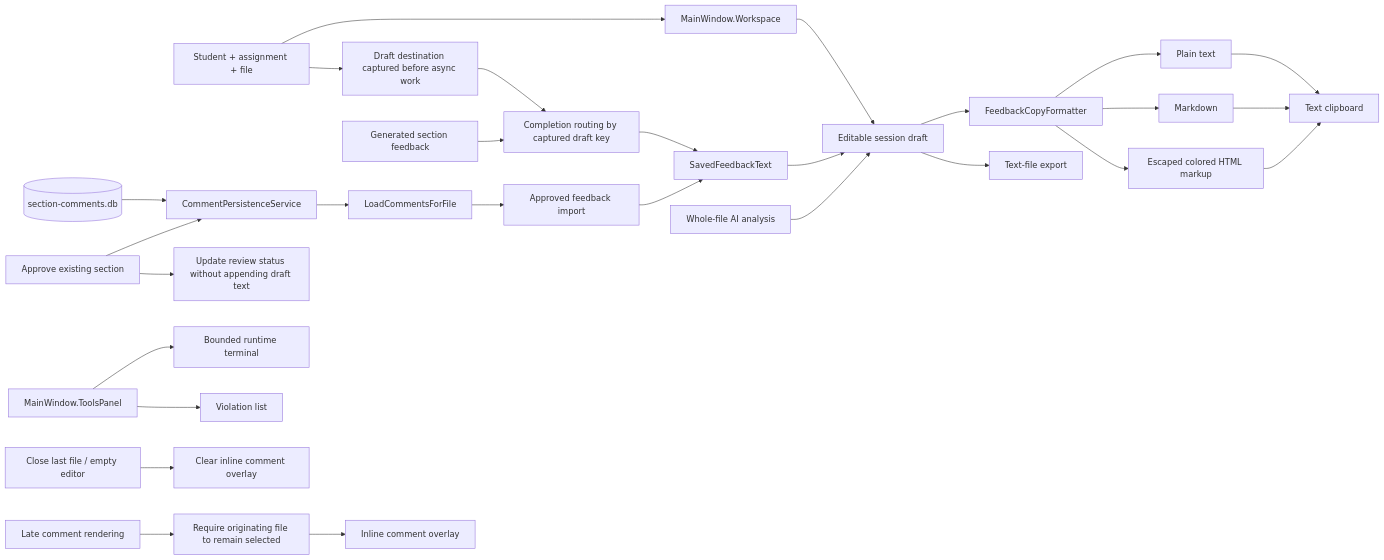
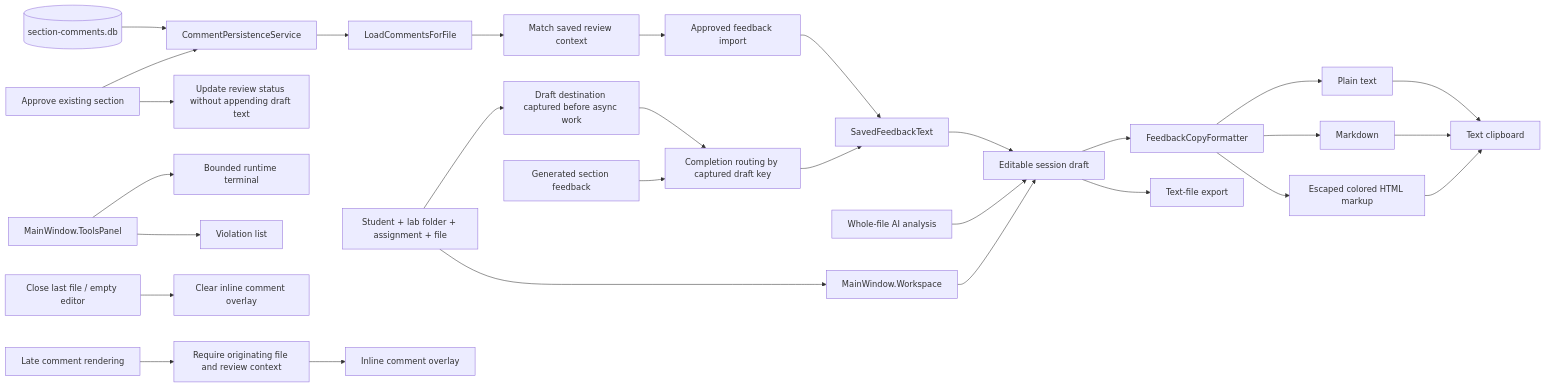
One commit to signalnotnoise/GuidedGrade changed the eighth of 12 diagrams in KNOWLEDGE_GRAPH.md. Above: the diagram before and after it, drawn with Mermaid. The commit also changed other lines of this file and 54 other files, not shown here.

````diff
--- a/KNOWLEDGE_GRAPH.md
+++ b/KNOWLEDGE_GRAPH.md
@@ -311,30 +356,31 @@
 ```mermaid
 flowchart LR
-    Selection[Student + assignment + file] --> Workspace[MainWindow.Workspace]
+    Selection[Student + lab folder + assignment + file] --> Workspace[MainWindow.Workspace]
     SQLite[(section-comments.db)] --> Persistence[CommentPersistenceService]
     Persistence --> Load[LoadCommentsForFile]
-    Load --> Approved[Approved feedback import]
+    Load --> Filter[Match saved review context]
+    Filter --> Approved[Approved feedback import]
     Approved --> Text[SavedFeedbackText]
     Selection --> Target[Draft destination captured before async work]
     Target --> Routing[Completion routing by captured draft key]
     Generated[Generated section feedback] --> Routing
     Routing --> Text
     Approval[Approve existing section] --> Persistence
     Approval --> Status[Update review status without appending draft text]
     Text --> Draft[Editable session draft]
     Analysis[Whole-file AI analysis] --> Draft
     Workspace --> Draft
     Draft --> Formatter[FeedbackCopyFormatter]
     Formatter --> TXT[Plain text]
     Formatter --> MD[Markdown]
     Formatter --> HTML[Escaped colored HTML markup]
     TXT --> Clipboard[Text clipboard]
     MD --> Clipboard
     HTML --> Clipboard
     Draft --> Export[Text-file export]
     Tools[MainWindow.ToolsPanel] --> Console[Bounded runtime terminal]
     Tools --> Violations[Violation list]
     Close[Close last file / empty editor] --> Clear[Clear inline comment overlay]
-    Late[Late comment rendering] --> Guard[Require originating file to remain selected]
+    Late[Late comment rendering] --> Guard[Require originating file and review context]
     Guard --> Overlay[Inline comment overlay]
 ```
````
